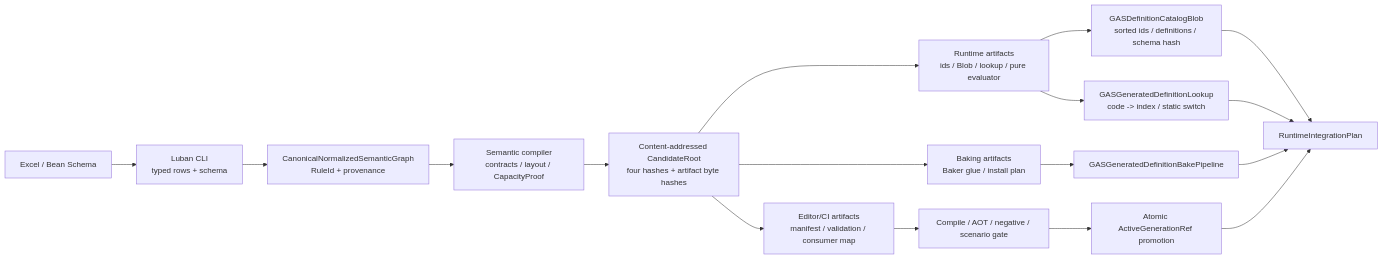
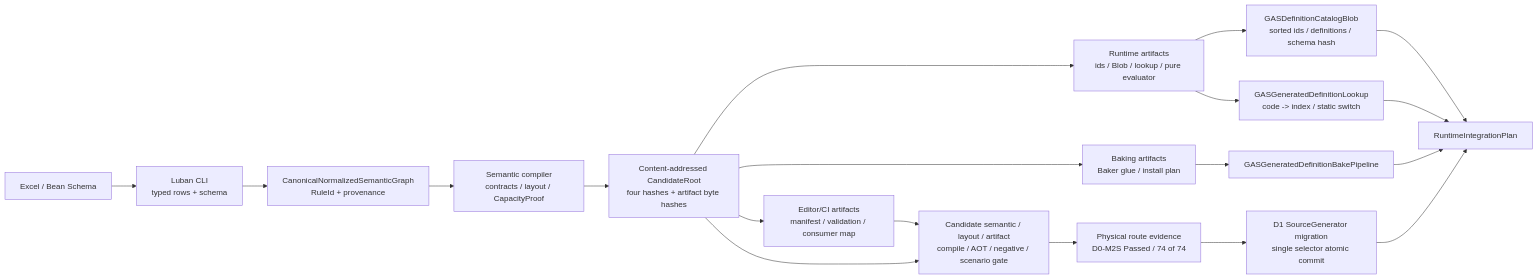
One commit to Bo-ki/gameplay-ability-system-for-unity changed the first of 3 diagrams in 方案讨论/针对2.0的ECS架构的迭代方案讨论/01-目标态架构共识/08-Luban-SourceGenerator配置生成链路Spec.md. Above: the diagram before and after it, drawn with Mermaid. The commit also changed other lines of this file and 638 other files, not shown here.

````diff
--- a/方案讨论/针对2.0的ECS架构的迭代方案讨论/01-目标态架构共识/08-Luban-SourceGenerator配置生成链路Spec.md
+++ b/方案讨论/针对2.0的ECS架构的迭代方案讨论/01-目标态架构共识/08-Luban-SourceGenerator配置生成链路Spec.md
@@ -29,19 +33,21 @@
 ```mermaid
 flowchart LR
     Excel["Excel / Bean Schema"] --> Luban["Luban CLI\ntyped rows + schema"]
     Luban --> Graph["CanonicalNormalizedSemanticGraph\nRuleId + provenance"]
     Graph --> Pipeline["Semantic compiler\ncontracts / layout / CapacityProof"]
     Pipeline --> Candidate["Content-addressed CandidateRoot\nfour hashes + artifact byte hashes"]
     Candidate --> RuntimeArtifacts["Runtime artifacts\nids / Blob / lookup / pure evaluator"]
     Candidate --> BakingArtifacts["Baking artifacts\nBaker glue / install plan"]
     Candidate --> Reports["Editor/CI artifacts\nmanifest / validation / consumer map"]
-    Reports --> Gate["Compile / AOT / negative / scenario gate"]
-    Gate --> Promote["Atomic ActiveGenerationRef promotion"]
+    Reports --> Gate["Candidate semantic / layout / artifact\ncompile / AOT / negative / scenario gate"]
+    Candidate --> Gate
+    Gate --> RouteEvidence["Physical route evidence\nD0-M2S Passed / 74 of 74"]
+    RouteEvidence --> Publish["D1 SourceGenerator migration\nsingle selector atomic commit"]
     RuntimeArtifacts --> Catalog["GASDefinitionCatalogBlob\nsorted ids / definitions / schema hash"]
     RuntimeArtifacts --> Lookup["GASGeneratedDefinitionLookup\ncode -> index / static switch"]
     BakingArtifacts --> BakePipeline["GASGeneratedDefinitionBakePipeline"]
     Catalog --> Integration["RuntimeIntegrationPlan"]
     Lookup --> Integration
     BakePipeline --> Integration
-    Promote --> Integration
+    Publish --> Integration
 ```
````
